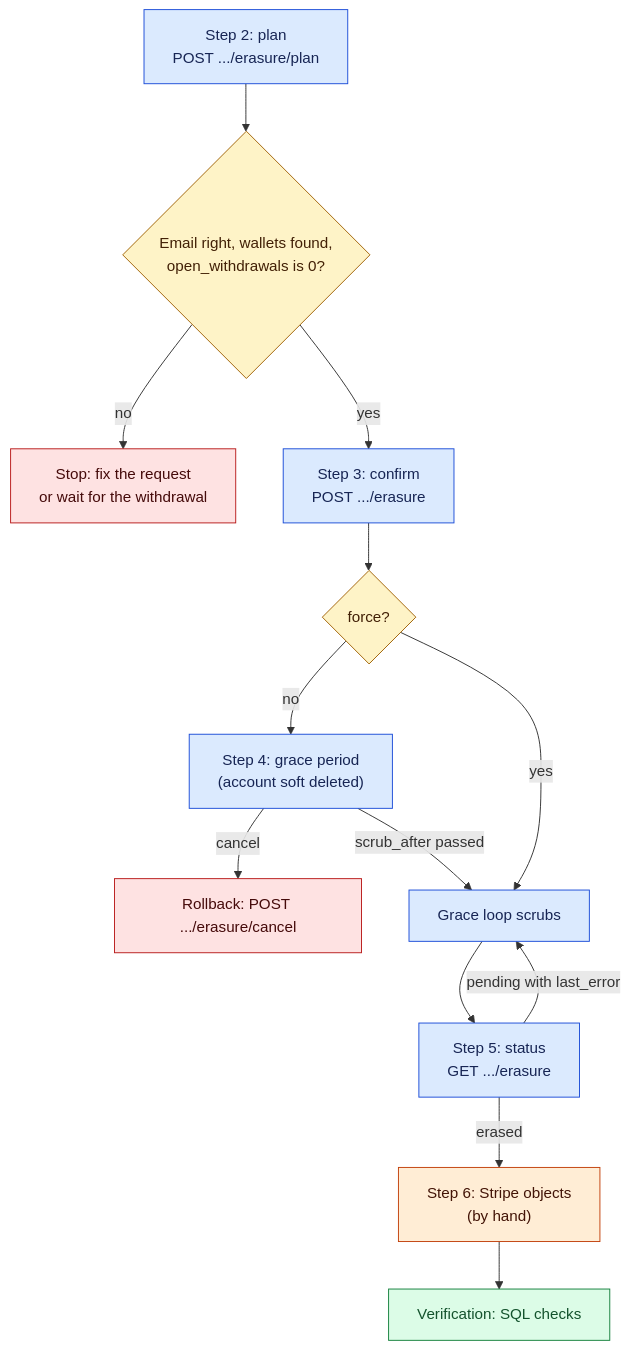
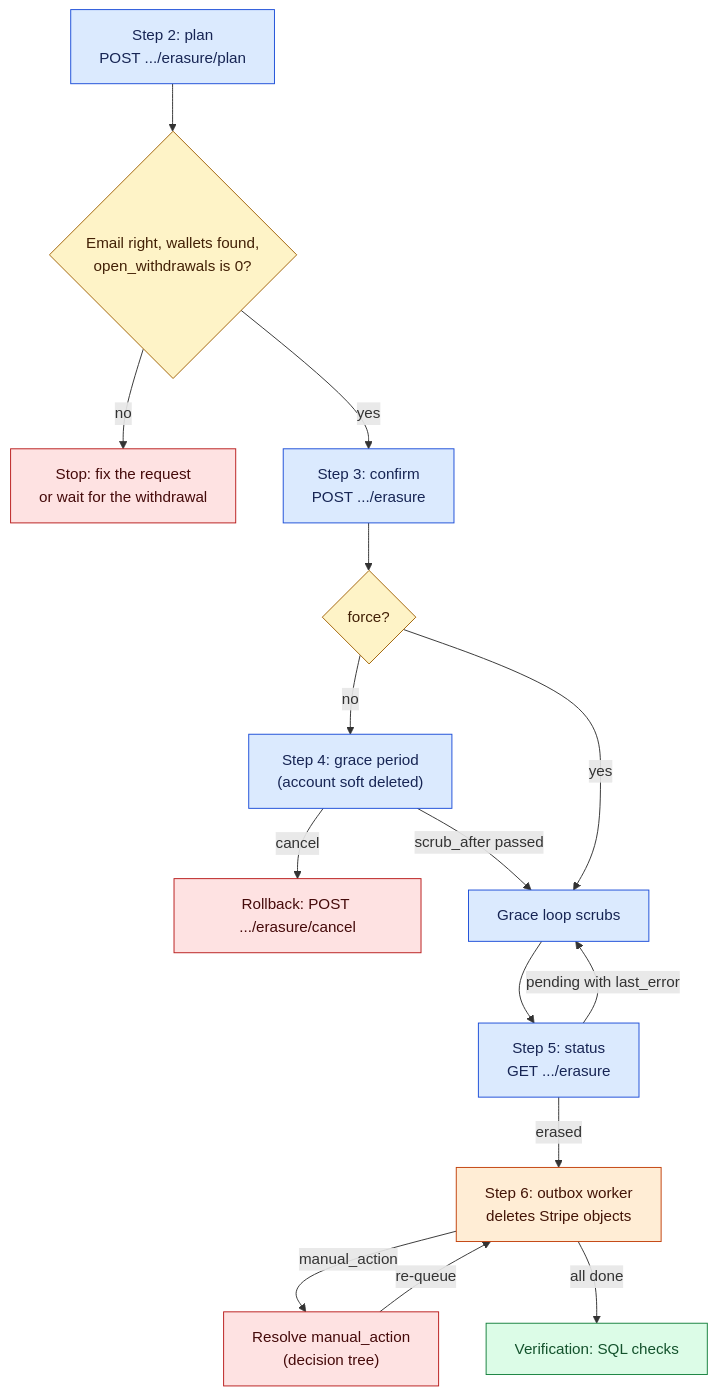
Before and after one commit to Layr-Labs/d-inference: the first of 2 diagrams in docs/operations/account-erasure.md, drawn with Mermaid. The commit also changed other lines of this file and 9 other files, not shown here.

First line of the commit message:
Document the erasure outbox worker and manual_action decisions

````diff
--- a/docs/operations/account-erasure.md
+++ b/docs/operations/account-erasure.md
@@ -21,21 +22,23 @@
 ```mermaid
 flowchart TD
   classDef step fill:#dbeafe,stroke:#1d4ed8,color:#172554
   classDef gate fill:#fef3c7,stroke:#a16207,color:#422006
   classDef done fill:#dcfce7,stroke:#15803d,color:#14532d
   classDef stop fill:#fee2e2,stroke:#b91c1c,color:#450a0a
   classDef ext fill:#ffedd5,stroke:#c2410c,color:#431407
 
   P["Step 2: plan<br/>POST .../erasure/plan"]:::step --> Q{"Email right, wallets found,<br/>open_withdrawals is 0?"}:::gate
   Q -- "no" --> S["Stop: fix the request<br/>or wait for the withdrawal"]:::stop
   Q -- "yes" --> C["Step 3: confirm<br/>POST .../erasure"]:::step
   C --> F{"force?"}:::gate
   F -- "no" --> G["Step 4: grace period<br/>(account soft deleted)"]:::step
   G -- "cancel" --> R["Rollback: POST .../erasure/cancel"]:::stop
   G -- "scrub_after passed" --> L["Grace loop scrubs"]:::step
   F -- "yes" --> L
   L --> T["Step 5: status<br/>GET .../erasure"]:::step
   T -- "pending with last_error" --> L
-  T -- "erased" --> X["Step 6: Stripe objects<br/>(by hand)"]:::ext
-  X --> V["Verification: SQL checks"]:::done
+  T -- "erased" --> X["Step 6: outbox worker<br/>deletes Stripe objects"]:::ext
+  X -- "manual_action" --> M["Resolve manual_action<br/>(decision tree)"]:::stop
+  M -- "re-queue" --> X
+  X -- "all done" --> V["Verification: SQL checks"]:::done
 ```
````
